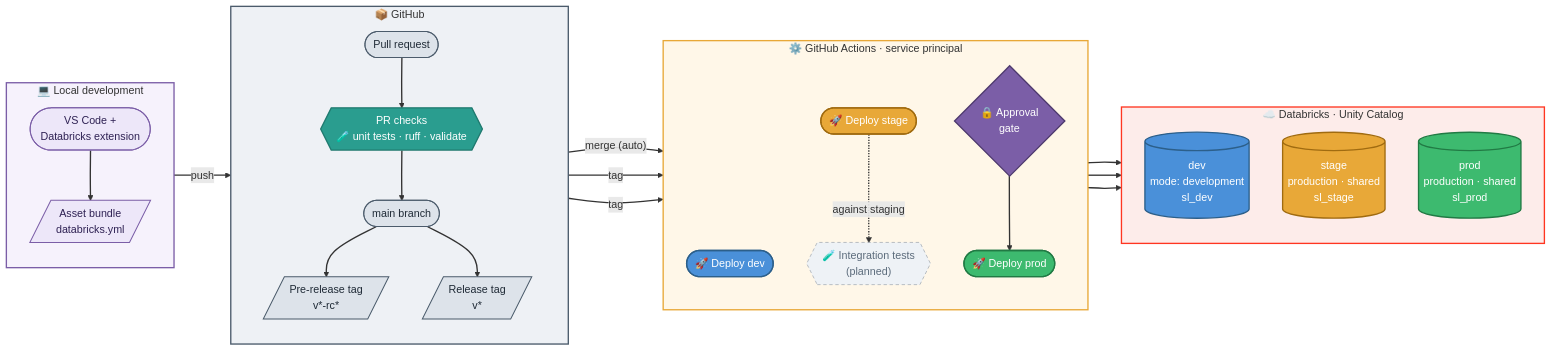
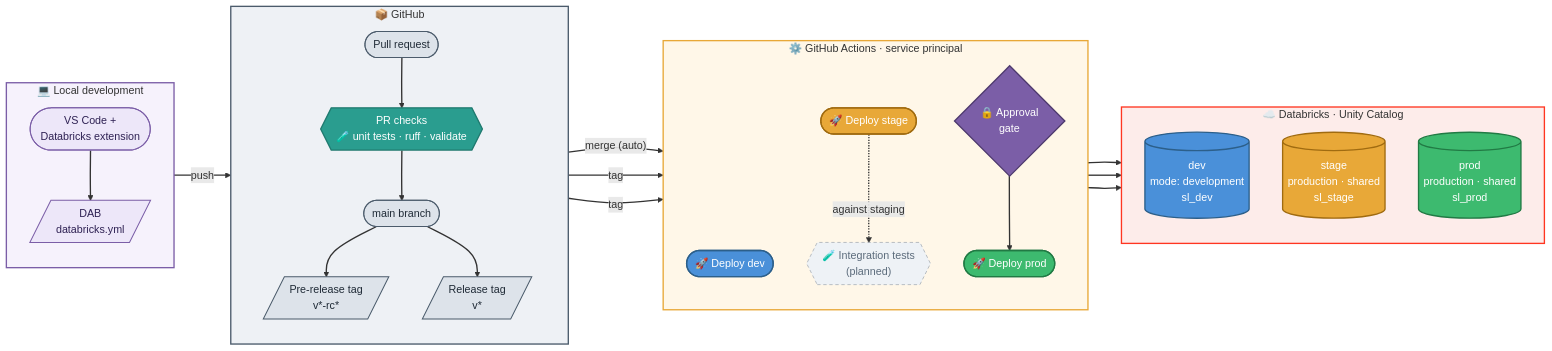
One commit to schmucas/databricks_de_professional_practice changed the first of 5 diagrams in README.md. Above: the diagram before and after it, drawn with Mermaid. The commit also changed other lines of this file and 1 other file, not shown here.

````diff
--- a/README.md
+++ b/README.md
@@ -39,68 +39,68 @@
 ```mermaid
 flowchart LR
     subgraph local["💻 Local development"]
         direction TB
         IDE(["VS Code +<br/>Databricks extension"])
-        BUNDLE[/"Asset bundle<br/>databricks.yml"/]
+        BUNDLE[/"DAB<br/>databricks.yml"/]
         IDE ==> BUNDLE
     end
 
     subgraph gh["📦 GitHub"]
         direction TB
         PR(["Pull request"])
         CHECK{{"PR checks<br/>🧪 unit tests · ruff · validate"}}
         MAIN(["main branch"])
         RC[/"Pre-release tag<br/>v*-rc*"/]
         REL[/"Release tag<br/>v*"/]
         PR ==> CHECK ==> MAIN
         MAIN --> RC
         MAIN --> REL
     end
 
     subgraph act["⚙️ GitHub Actions · service principal"]
         direction TB
         DDEV(["🚀 Deploy dev"])
         DSTG(["🚀 Deploy stage"])
         ITEST{{"🧪 Integration tests<br/>(planned)"}}
         GATE{"🔒 Approval<br/>gate"}
         DPRD(["🚀 Deploy prod"])
     end
 
     subgraph dbx["☁️ Databricks · Unity Catalog"]
         direction TB
         DEV[("dev<br/>mode: development<br/>sl_dev")]
         STG[("stage<br/>production · shared<br/>sl_stage")]
         PRD[("prod<br/>production · shared<br/>sl_prod")]
     end
 
     BUNDLE ==>|"push"| PR
     MAIN ==>|"merge (auto)"| DDEV ==> DEV
     RC ==>|"tag"| DSTG ==> STG
     DSTG -.->|"against staging"| ITEST
     REL ==>|"tag"| GATE ==> DPRD ==> PRD
 
     classDef loc fill:#ede7f9,stroke:#7b5ea7,color:#2e2153,stroke-width:1.5px
     classDef vcs   fill:#dde3ea,stroke:#4b5b6b,color:#1f2a36,stroke-width:1.5px
     classDef check fill:#2a9d8f,stroke:#1f7a6f,color:#fff,stroke-width:2px
     classDef gate  fill:#7b5ea7,stroke:#4e3a6e,color:#fff,stroke-width:2px
     classDef dev   fill:#4a90d9,stroke:#2c5f8a,color:#fff,stroke-width:2px
     classDef stage fill:#e8a838,stroke:#a06b10,color:#fff,stroke-width:2px
     classDef prod  fill:#3dba6f,stroke:#217a44,color:#fff,stroke-width:2px
     classDef plan  fill:#eef2f6,stroke:#9aa3ad,color:#5b6b7b,stroke-dasharray:5 4
 
     class IDE,BUNDLE loc
     class PR,MAIN,RC,REL vcs
     class CHECK check
     class GATE gate
     class DDEV,DEV dev
     class DSTG,STG stage
     class DPRD,PRD prod
     class ITEST plan
 
     style local fill:#f6f2fc,stroke:#7b5ea7,stroke-width:2px
     style gh    fill:#eef1f5,stroke:#4b5b6b,stroke-width:2px
     style act   fill:#fff7e8,stroke:#e8a838,stroke-width:2px
     style dbx   fill:#fdecea,stroke:#FF3621,stroke-width:2px
 
     linkStyle default stroke-width:2px
 ```
````
